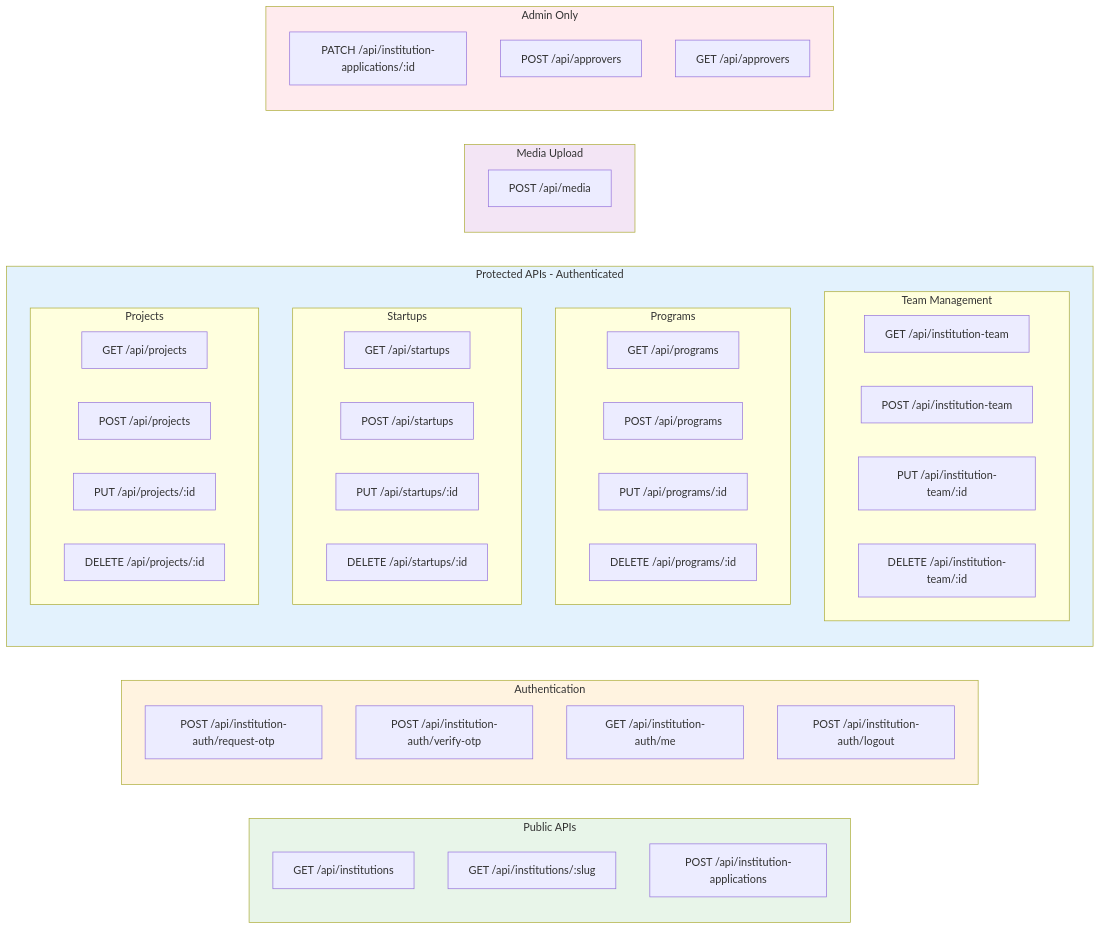
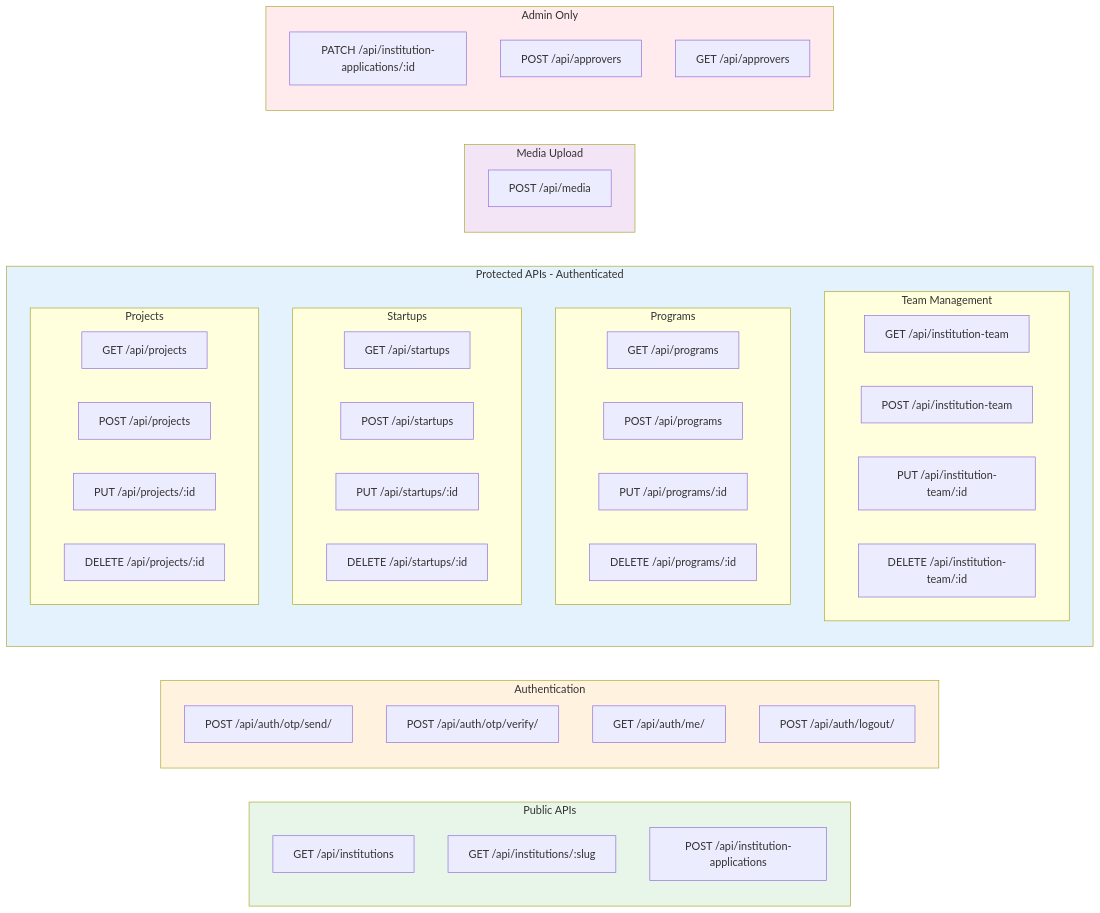
One commit to ss-xentro/xentro-frontend changed the seventh of 15 diagrams in ARCHITECTURE_DIAGRAMS.md. Above: the diagram before and after it, drawn with Mermaid. The commit also changed other lines of this file and 15 other files, not shown here.

````diff
--- a/ARCHITECTURE_DIAGRAMS.md
+++ b/ARCHITECTURE_DIAGRAMS.md
@@ -373,61 +373,61 @@
 ```mermaid
 graph LR
     subgraph Public["Public APIs"]
         P1[GET /api/institutions]
         P2[GET /api/institutions/:slug]
         P3[POST /api/institution-applications]
     end
 
     subgraph Auth["Authentication"]
-        A1[POST /api/institution-auth/request-otp]
-        A2[POST /api/institution-auth/verify-otp]
-        A3[GET /api/institution-auth/me]
-        A4[POST /api/institution-auth/logout]
+        A1[POST /api/auth/otp/send/]
+        A2[POST /api/auth/otp/verify/]
+        A3[GET /api/auth/me/]
+        A4[POST /api/auth/logout/]
     end
 
     subgraph Protected["Protected APIs - Authenticated"]
         subgraph Team["Team Management"]
             T1[GET /api/institution-team]
             T2[POST /api/institution-team]
             T3[PUT /api/institution-team/:id]
             T4[DELETE /api/institution-team/:id]
         end
 
         subgraph Programs["Programs"]
             PR1[GET /api/programs]
             PR2[POST /api/programs]
             PR3[PUT /api/programs/:id]
             PR4[DELETE /api/programs/:id]
         end
 
         subgraph Startups["Startups"]
             S1[GET /api/startups]
             S2[POST /api/startups]
             S3[PUT /api/startups/:id]
             S4[DELETE /api/startups/:id]
         end
 
         subgraph Projects["Projects"]
             PJ1[GET /api/projects]
             PJ2[POST /api/projects]
             PJ3[PUT /api/projects/:id]
             PJ4[DELETE /api/projects/:id]
         end
     end
 
     subgraph Media["Media Upload"]
         M1[POST /api/media]
     end
 
     subgraph Admin["Admin Only"]
         AD1[PATCH /api/institution-applications/:id]
         AD2[POST /api/approvers]
         AD3[GET /api/approvers]
     end
 
     style Public fill:#e8f5e9
     style Auth fill:#fff3e0
     style Protected fill:#e3f2fd
     style Media fill:#f3e5f5
     style Admin fill:#ffebee
 ```
````
